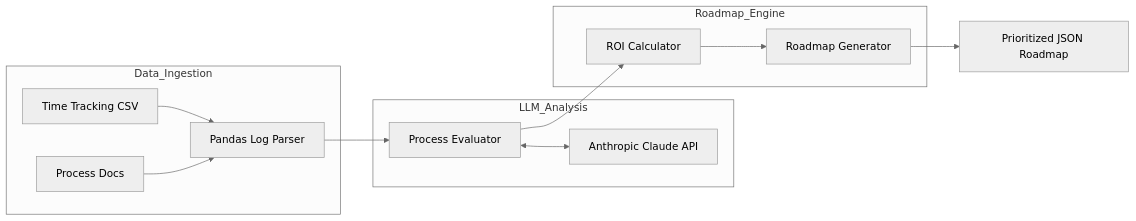
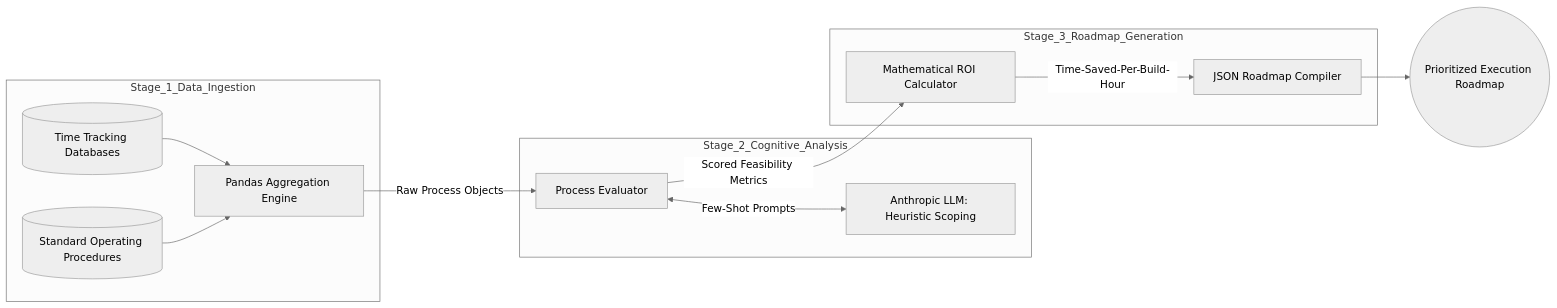
Before and after one commit to manavanandani/ProcessAutomationFinder: the diagram in README.md, drawn with Mermaid (neutral theme). The commit also changed other lines of this file, not shown here.

````diff
--- a/README.md
+++ b/README.md
@@ -13,26 +22,28 @@
 ```mermaid
 graph LR
-    subgraph Data_Ingestion
-        CSV[Time Tracking CSV]
-        Docs[Process Docs]
-        Parser[Pandas Log Parser]
+    subgraph Stage_1_Data_Ingestion
+        CSV[(Time Tracking Databases)]
+        Docs[(Standard Operating Procedures)]
+        Parser[Pandas Aggregation Engine]
     end
 
-    subgraph LLM_Analysis
+    subgraph Stage_2_Cognitive_Analysis
         Eval[Process Evaluator]
-        Claude[Anthropic Claude API]
+        Claude[Anthropic LLM: Heuristic Scoping]
     end
 
-    subgraph Roadmap_Engine
-        ROI[ROI Calculator]
-        Gen[Roadmap Generator]
+    subgraph Stage_3_Roadmap_Generation
+        ROI[Mathematical ROI Calculator]
+        Gen[JSON Roadmap Compiler]
     end
 
     CSV --> Parser
     Docs --> Parser
-    Parser --> Eval
-    Eval <--> Claude
-    Eval --> ROI
-    ROI --> Gen
-    Gen --> Output[Prioritized JSON Roadmap]
+    Parser -- "Raw Process Objects" --> Eval
+    
+    Eval <-->|Few-Shot Prompts| Claude
+    Eval -- "Scored Feasibility Metrics" --> ROI
+    
+    ROI -- "Time-Saved-Per-Build-Hour" --> Gen
+    Gen --> Output((Prioritized Execution Roadmap))
 ```
````
